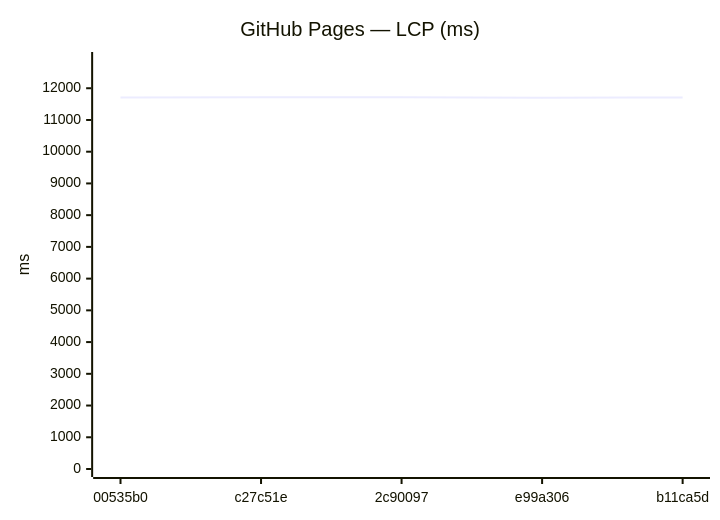
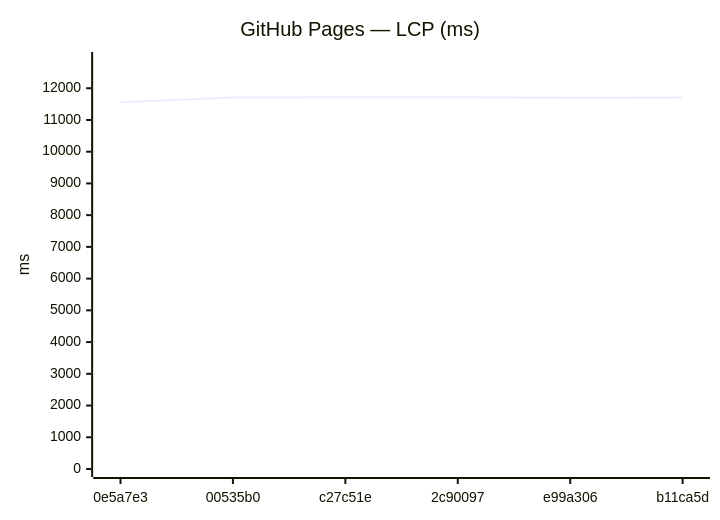
The third of 24 diagrams in benchmarks/compare.md (Metaheurist/Rianell), drawn with Mermaid before and after one commit. The commit also changed other lines of this file and 12 other files, not shown here.

````diff
--- a/benchmarks/compare.md
+++ b/benchmarks/compare.md
@@ -44,7 +46,7 @@
 ```mermaid
 xychart-beta
     title "GitHub Pages — LCP (ms)"
-    x-axis ["00535b0", "c27c51e", "2c90097", "e99a306", "b11ca5d"]
+    x-axis ["0e5a7e3", "00535b0", "c27c51e", "2c90097", "e99a306", "b11ca5d"]
     y-axis "ms" 0 --> 12890
-    line [11705, 11718, 11715, 11701, 11707]
+    line [11561, 11705, 11718, 11715, 11701, 11707]
 ```
````
